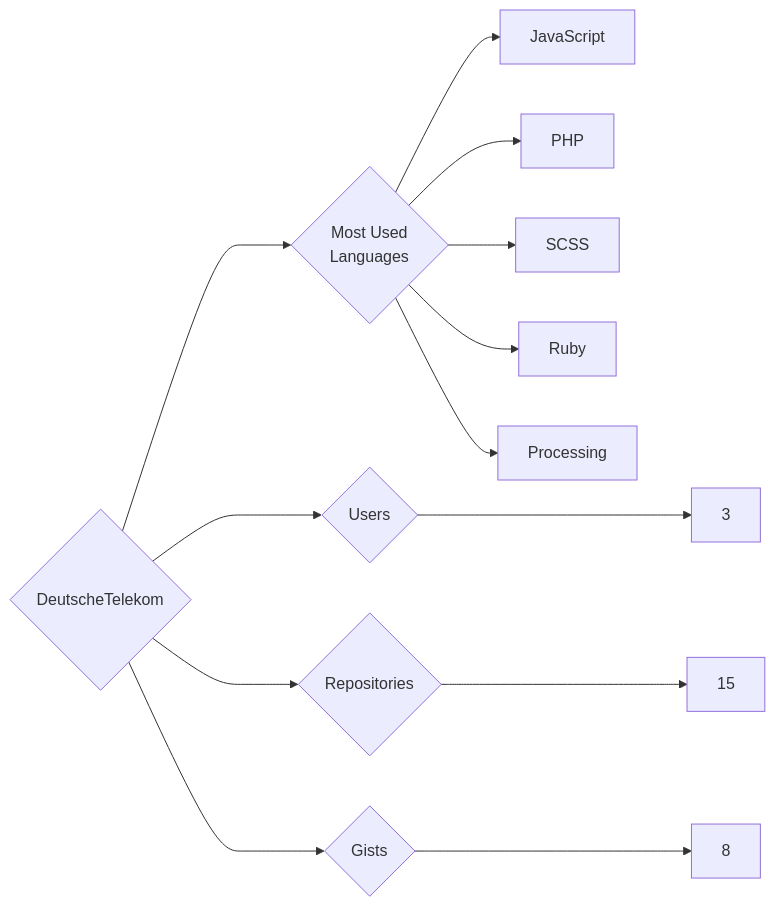
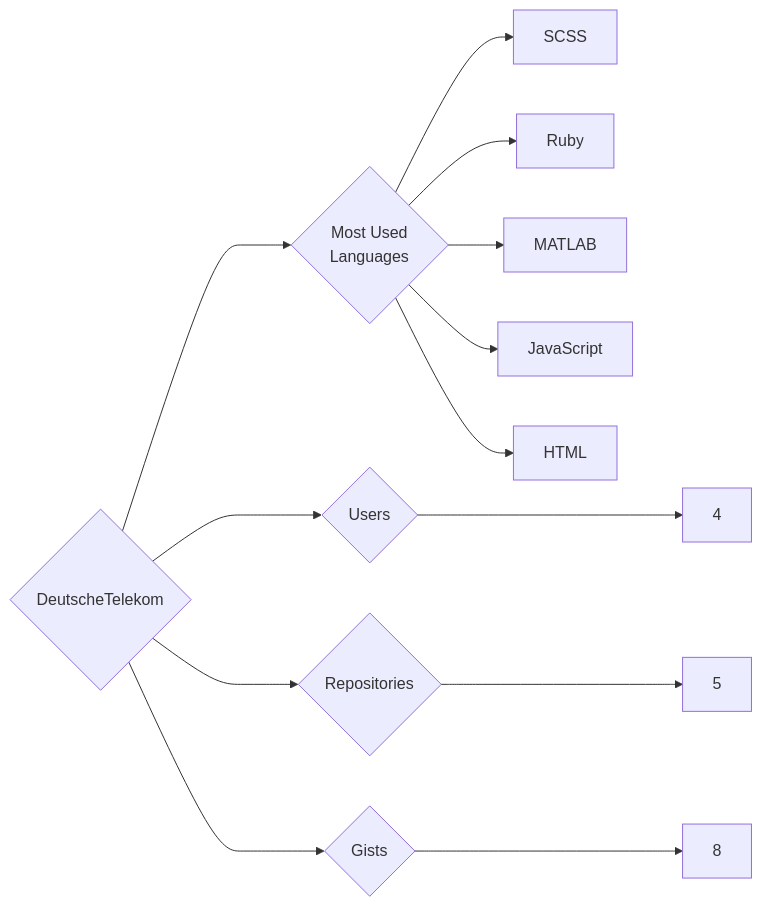
One commit to trickest/insiders changed the diagram in targets/DeutscheTelekom/README.md. Above: the diagram before and after it, drawn with Mermaid. The commit also changed 1141 other files, not shown here.

````diff
--- a/targets/DeutscheTelekom/README.md
+++ b/targets/DeutscheTelekom/README.md
@@ -3,13 +3,13 @@
 ```mermaid
 graph LR
 COMPANY_NAME{DeutscheTelekom}
-COMPANY_NAME ---> U{Users} ---> UN[3]
-COMPANY_NAME ---> R{Repositories} ---> RN[15]
+COMPANY_NAME ---> U{Users} ---> UN[4]
+COMPANY_NAME ---> R{Repositories} ---> RN[5]
 COMPANY_NAME ---> G{Gists} ---> GN[8]
 COMPANY_NAME ---> ML{Most Used<br>Languages}
-ML --> JavaScript[JavaScript]
-ML --> PHP[PHP]
 ML --> SCSS[SCSS]
 ML --> Ruby[Ruby]
-ML --> Processing[Processing]
+ML --> MATLAB[MATLAB]
+ML --> JavaScript[JavaScript]
+ML --> HTML[HTML]
 ```
````
